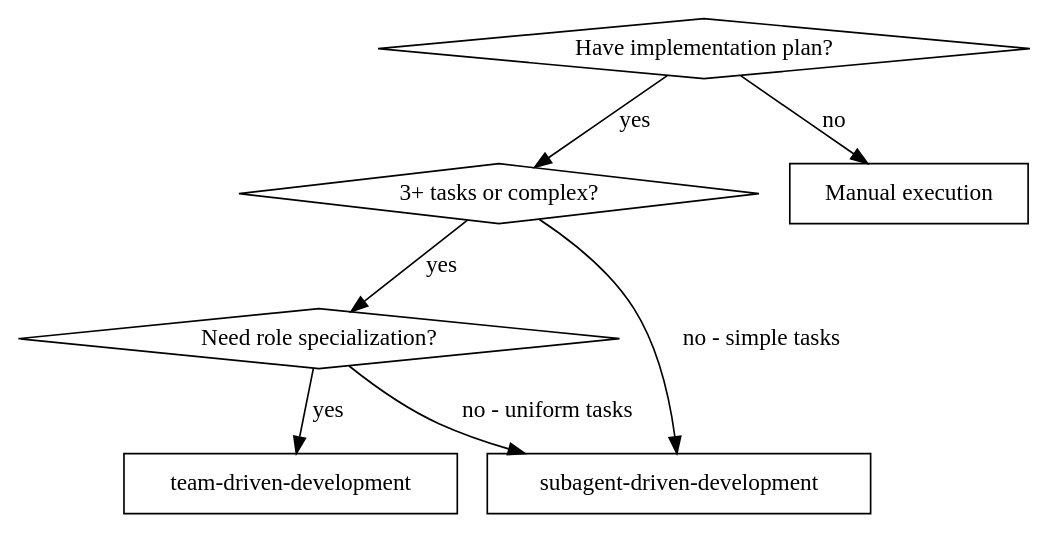
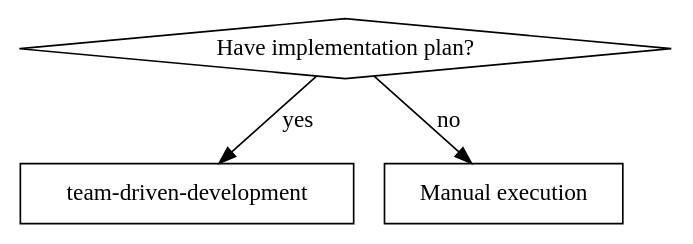
Before and after one commit to rat-siem/team-driven-development: the first of 2 diagrams in skills/team-driven-development/SKILL.md, drawn with Graphviz. The commit also changed other lines of this file, not shown here.

````diff
--- a/skills/team-driven-development/SKILL.md
+++ b/skills/team-driven-development/SKILL.md
@@ -16,17 +16,10 @@
 ```dot
 digraph when_to_use {
     "Have implementation plan?" [shape=diamond];
-    "3+ tasks or complex?" [shape=diamond];
-    "Need role specialization?" [shape=diamond];
     "team-driven-development" [shape=box];
-    "subagent-driven-development" [shape=box];
     "Manual execution" [shape=box];
 
-    "Have implementation plan?" -> "3+ tasks or complex?" [label="yes"];
+    "Have implementation plan?" -> "team-driven-development" [label="yes"];
     "Have implementation plan?" -> "Manual execution" [label="no"];
-    "3+ tasks or complex?" -> "Need role specialization?" [label="yes"];
-    "3+ tasks or complex?" -> "subagent-driven-development" [label="no - simple tasks"];
-    "Need role specialization?" -> "team-driven-development" [label="yes"];
-    "Need role specialization?" -> "subagent-driven-development" [label="no - uniform tasks"];
 }
 ```
````
